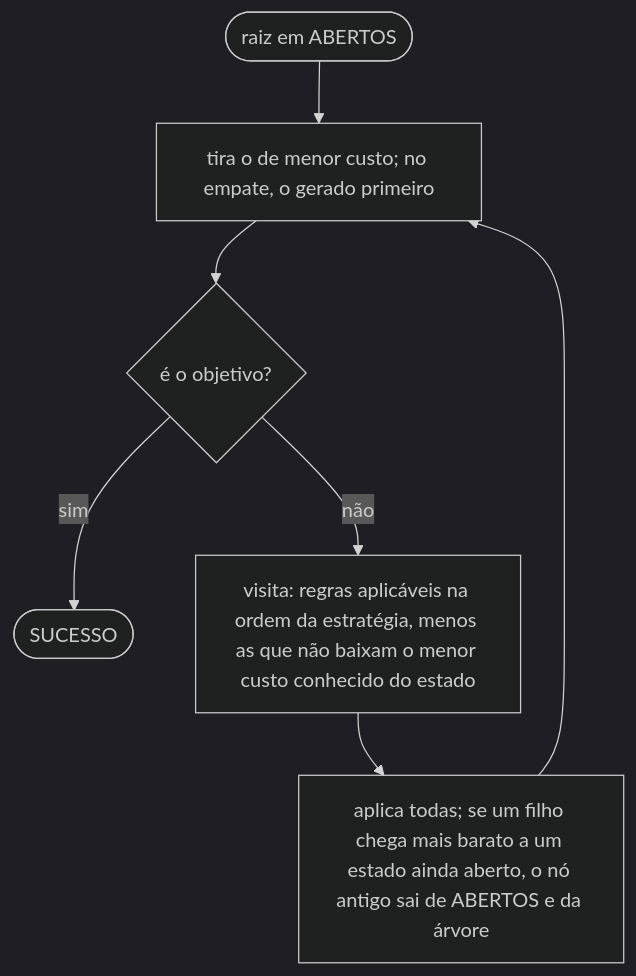
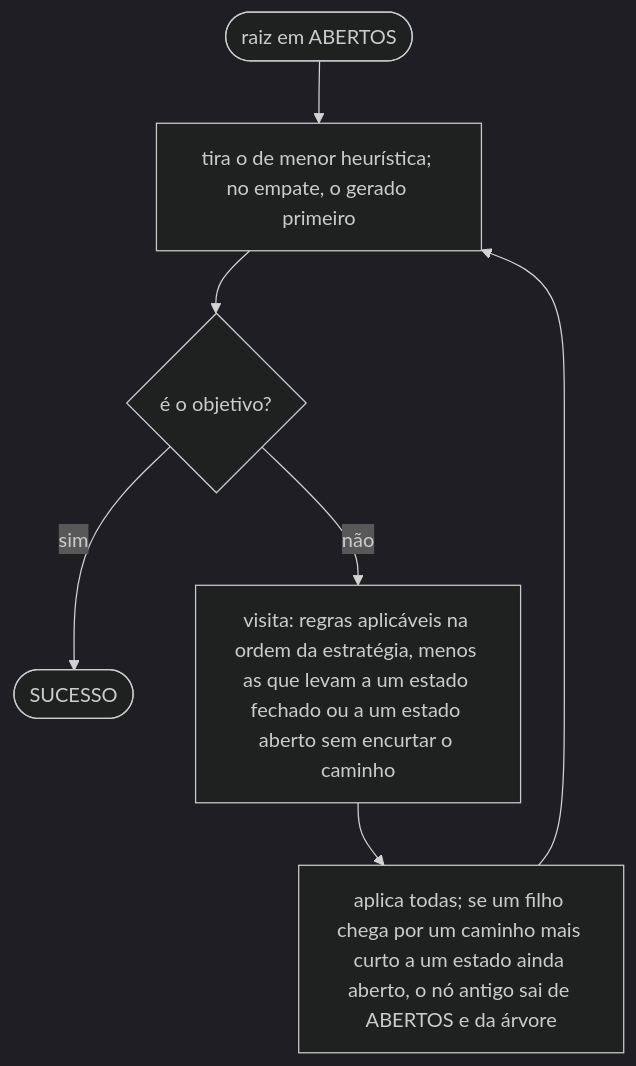
The fourth of 5 diagrams in README.md (CharlesLB/dcc-014-trabalho-1), drawn with Mermaid (dark theme) before and after one commit. The commit also changed other lines of this file, not shown here.

````diff
--- a/README.md
+++ b/README.md
@@ -172,9 +180,9 @@
 ```mermaid
 flowchart TD
-    A([raiz em ABERTOS]) --> B[tira o de menor custo; no empate, o gerado primeiro]
+    A([raiz em ABERTOS]) --> B[tira o de menor heurística; no empate, o gerado primeiro]
     B --> C{é o objetivo?}
     C -- sim --> S([SUCESSO])
-    C -- não --> V[visita: regras aplicáveis na ordem da estratégia, menos as que não baixam o menor custo conhecido do estado]
-    V --> E[aplica todas; se um filho chega mais barato a um estado ainda aberto, o nó antigo sai de ABERTOS e da árvore]
+    C -- não --> V[visita: regras aplicáveis na ordem da estratégia, menos as que levam a um estado fechado ou a um estado aberto sem encurtar o caminho]
+    V --> E[aplica todas; se um filho chega por um caminho mais curto a um estado ainda aberto, o nó antigo sai de ABERTOS e da árvore]
     E --> B
 ```
````
